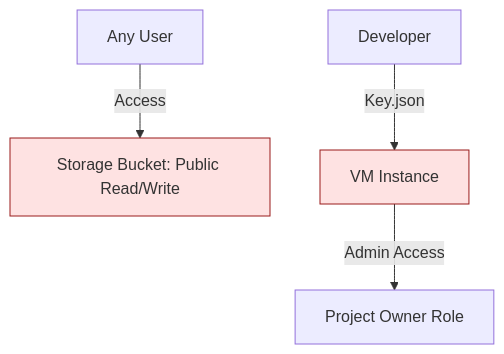
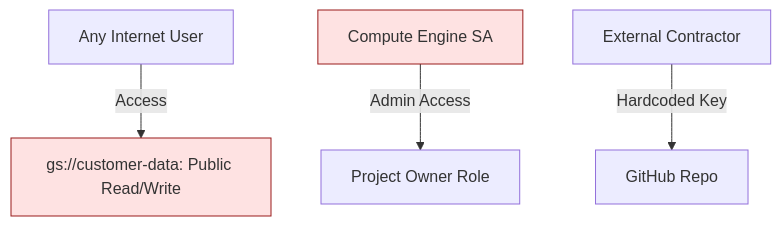
The first of 2 diagrams in curriculum/content/section_39_security_capstone.md (jyothivempa/gcp-study-plan), drawn with Mermaid before and after one commit. The commit also changed other lines of this file and 72 other files, not shown here.

````diff
--- a/curriculum/content/section_39_security_capstone.md
+++ b/curriculum/content/section_39_security_capstone.md
@@ -8,9 +20,9 @@
 ```mermaid
 graph TD
-    User[Any User] --"Access"--> Bucket[Storage Bucket: Public Read/Write]
-    Dev[Developer] --"Key.json"--> VM[VM Instance]
-    VM --"Admin Access"--> Project[Project Owner Role]
-    
+    User[Any Internet User] --"Access"--> Bucket[gs://customer-data: Public Read/Write]
+    SA[Compute Engine SA] --"Admin Access"--> Project[Project Owner Role]
+    Dev[External Contractor] --"Hardcoded Key"--> Code[GitHub Repo]
+
     style Bucket fill:#fee2e2,stroke:#991b1b
-    style VM fill:#fee2e2,stroke:#991b1b
+    style SA fill:#fee2e2,stroke:#991b1b
 ```
````
